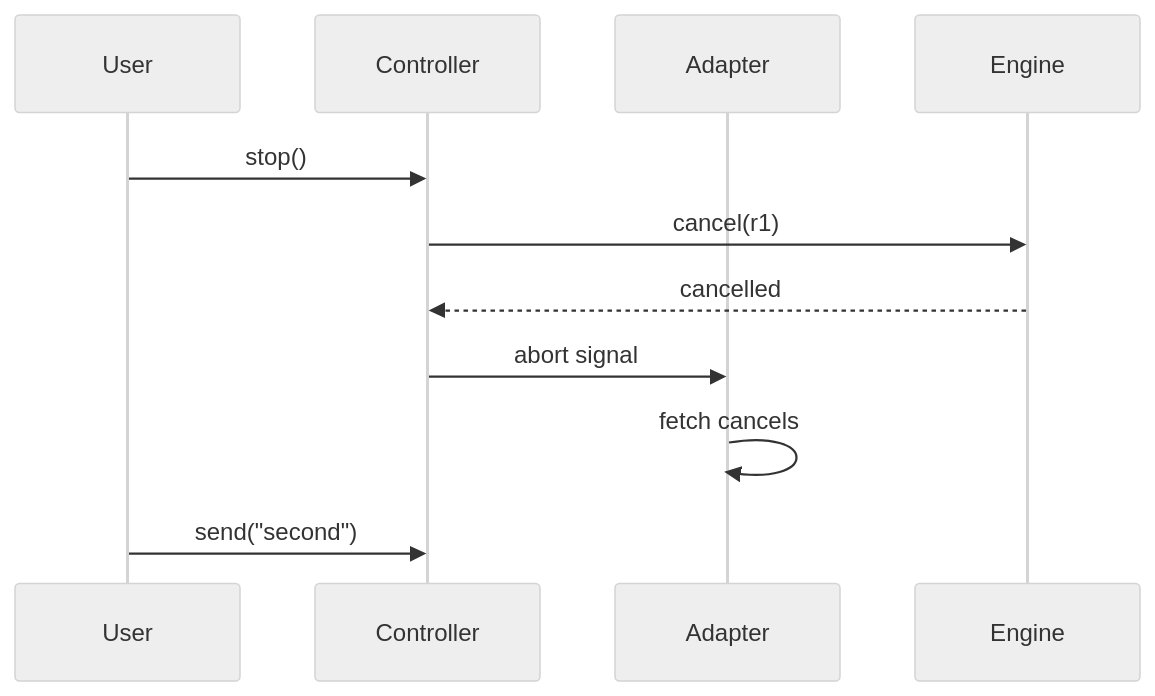
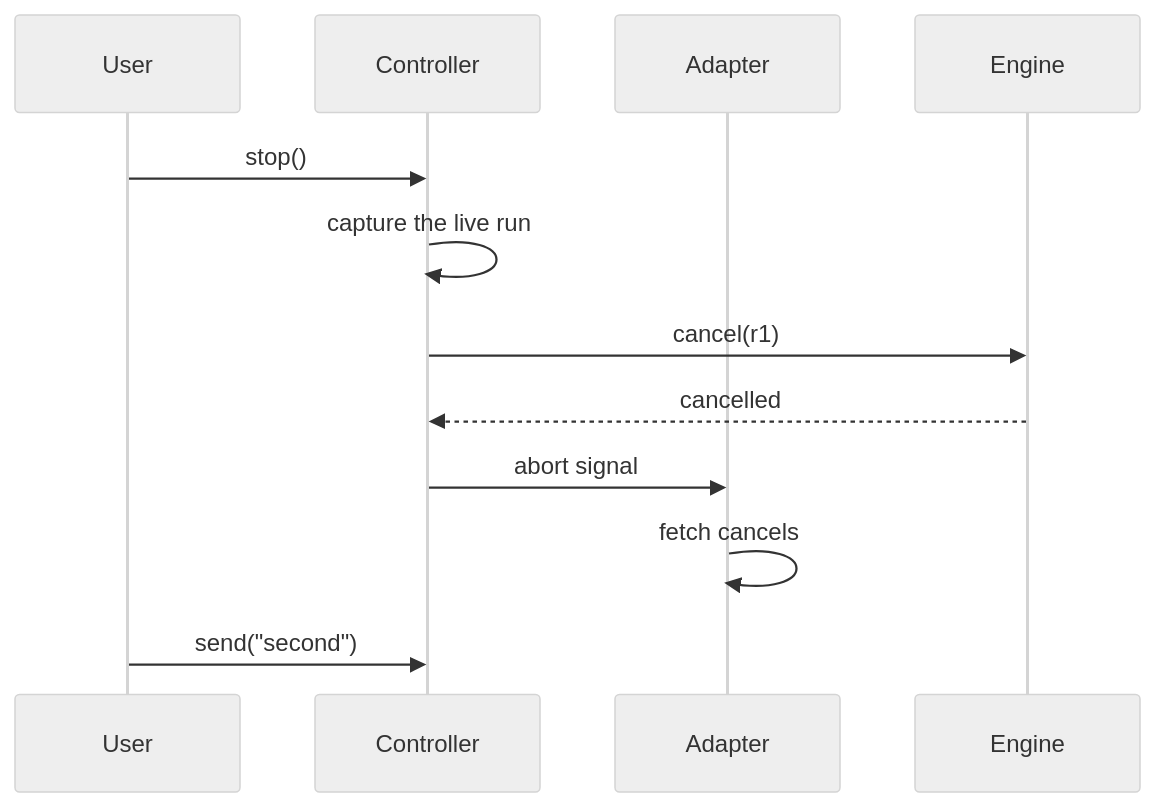
The fourth of 6 diagrams in docs/features/mobile/approvals-and-cancellation.mdx (MervinPraison/PraisonAIDocs), drawn with Mermaid (neutral theme) before and after one commit. The commit also changed other lines of this file and 3 other files, not shown here.

````diff
--- a/docs/features/mobile/approvals-and-cancellation.mdx
+++ b/docs/features/mobile/approvals-and-cancellation.mdx
@@ -96,13 +132,14 @@
 ```mermaid
 sequenceDiagram
     participant User
     participant Controller
     participant Adapter
     participant Engine
     User->>Controller: stop()
+    Controller->>Controller: capture the live run
     Controller->>Engine: cancel(r1)
     Engine-->>Controller: cancelled
     Controller->>Adapter: abort signal
     Adapter->>Adapter: fetch cancels
     User->>Controller: send("second")
 ```
````
